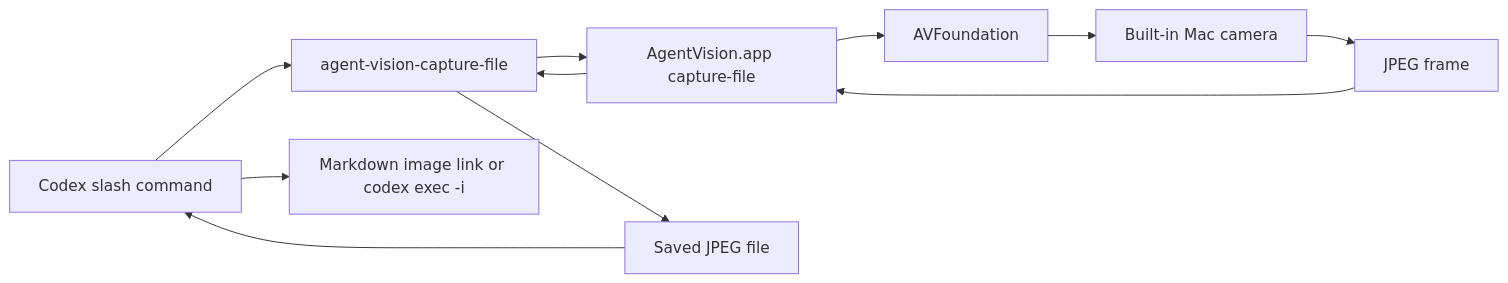
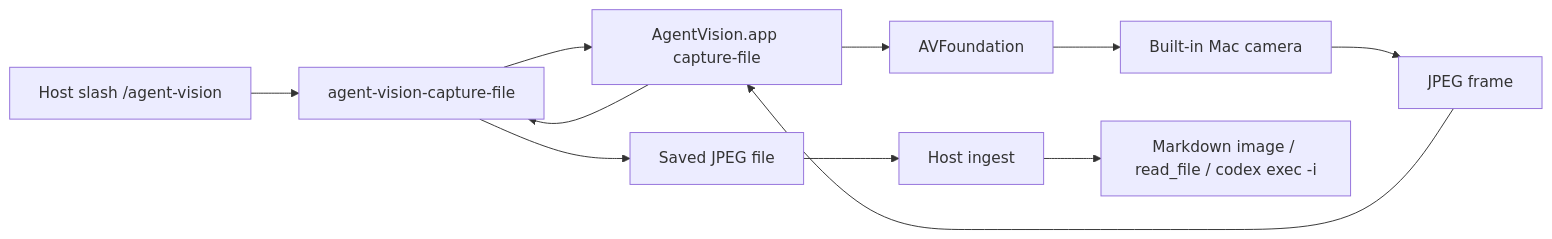
The diagram in README.md (zfifteen/agent-vision), drawn with Mermaid before and after one commit. The commit also changed other lines of this file and 23 other files, not shown here.

````diff
--- a/README.md
+++ b/README.md
@@ -205,13 +234,13 @@
 ```mermaid
 flowchart LR
-  A["Codex slash command"] --> B["agent-vision-capture-file"]
+  A["Host slash /agent-vision"] --> B["agent-vision-capture-file"]
   B --> C["AgentVision.app capture-file"]
   C --> D["AVFoundation"]
   D --> E["Built-in Mac camera"]
   E --> F["JPEG frame"]
   F --> C
   C --> B
   B --> G["Saved JPEG file"]
-  G --> A
-  A --> H["Markdown image link or codex exec -i"]
+  G --> H["Host ingest"]
+  H --> I["Markdown image / read_file / codex exec -i"]
 ```
````
